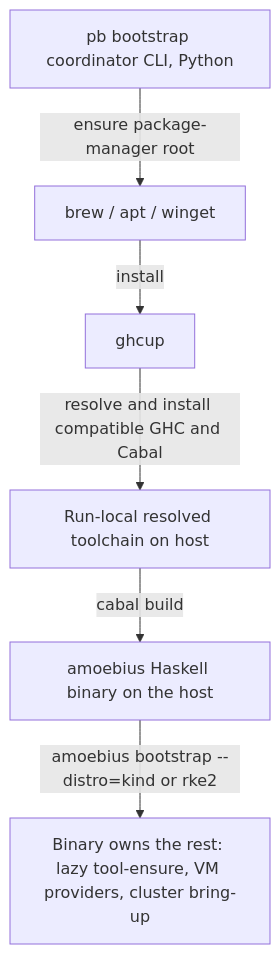
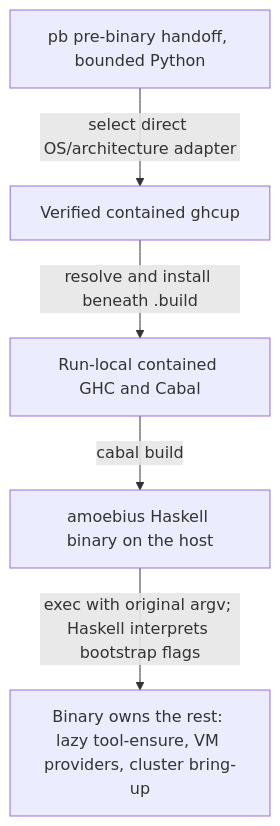
The third of 3 diagrams in documents/engineering/substrate_doctrine.md (Tuee22/amoebius), drawn with Mermaid before and after one commit. The commit also changed other lines of this file and 219 other files, not shown here.

````diff
--- a/documents/engineering/substrate_doctrine.md
+++ b/documents/engineering/substrate_doctrine.md
@@ -664,9 +667,8 @@
 ```mermaid
 flowchart TD
 %% register: orientation
-  pb[pb bootstrap coordinator CLI, Python] -->|ensure package-manager root| pm[brew / apt / winget]
-  pm -->|install| ghcup[ghcup]
-  ghcup -->|resolve and install compatible GHC and Cabal| tc[Run-local resolved toolchain on host]
+  pb[pb pre-binary handoff, bounded Python] -->|select direct OS/architecture adapter| ghcup[Verified contained ghcup]
+  ghcup -->|resolve and install beneath .build| tc[Run-local contained GHC and Cabal]
   tc -->|cabal build| bin[amoebius Haskell binary on the host]
-  bin -->|amoebius bootstrap --distro=kind or rke2| handoff[Binary owns the rest: lazy tool-ensure, VM providers, cluster bring-up]
+  bin -->|exec with original argv; Haskell interprets bootstrap flags| handoff[Binary owns the rest: lazy tool-ensure, VM providers, cluster bring-up]
 ```
````
